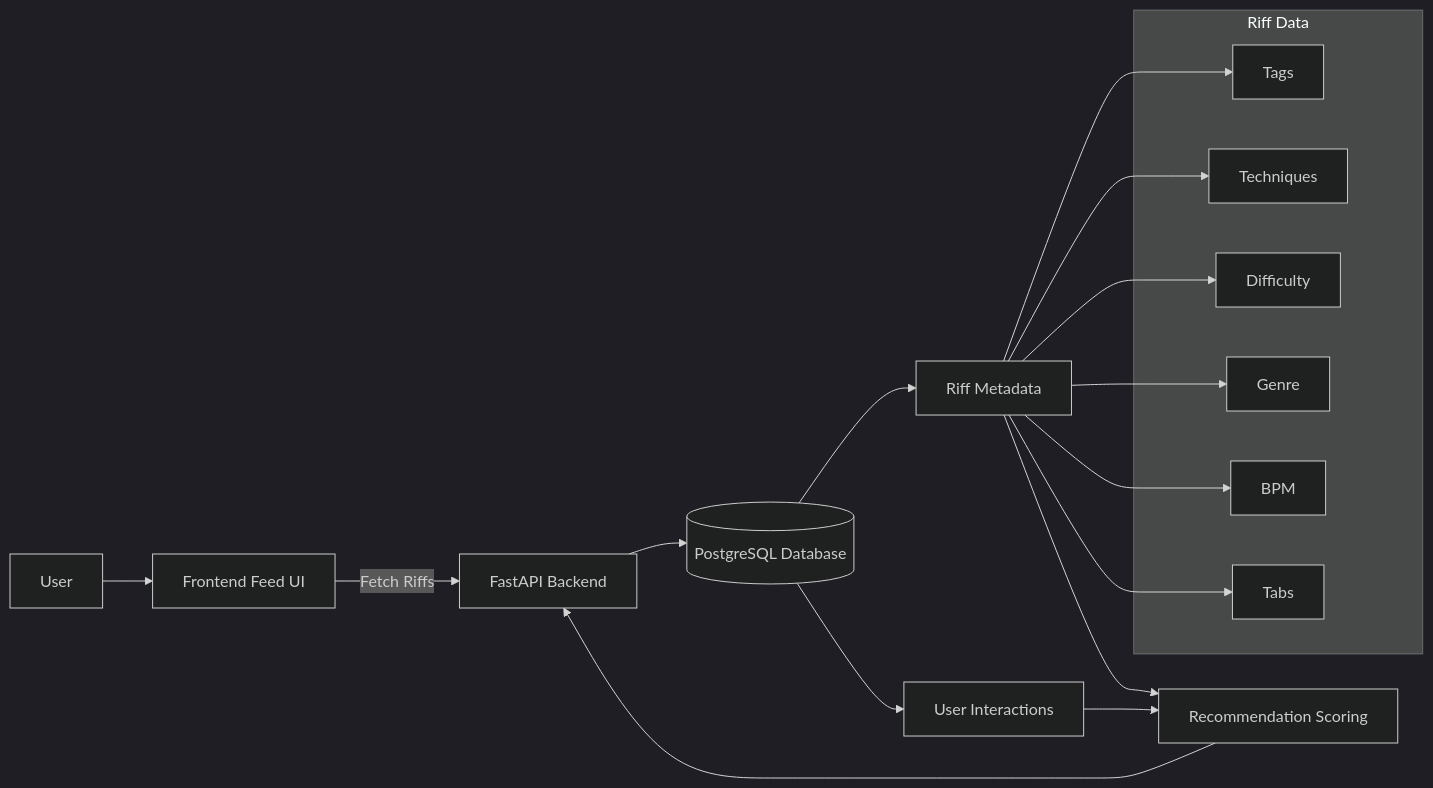
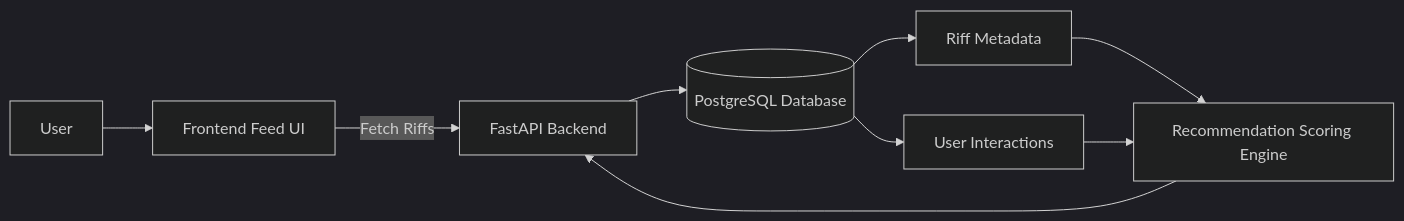
The first of 4 diagrams in README.md (Zachwm/riffly), drawn with Mermaid (dark theme) before and after one commit. The commit also changed other lines of this file, not shown here.

First line of the commit message:
Enhance README with detailed features and data models

````diff
--- a/README.md
+++ b/README.md
@@ -50,32 +51,16 @@
 ```mermaid
 flowchart LR
     U[User] --> F[Frontend Feed UI]
 
     F -->|Fetch Riffs| A[FastAPI Backend]
 
     A --> D[(PostgreSQL Database)]
 
     D --> R[Riff Metadata]
     D --> I[User Interactions]
 
-    R --> S[Recommendation Scoring]
+    R --> S[Recommendation Scoring Engine]
     I --> S
 
     S --> A
-
-    subgraph Riff Data
-        T1[Tags]
-        T2[Techniques]
-        T3[Difficulty]
-        T4[Genre]
-        T5[BPM]
-        T6[Tabs]
-    end
-
-    R --> T1
-    R --> T2
-    R --> T3
-    R --> T4
-    R --> T5
-    R --> T6
 ```
````
